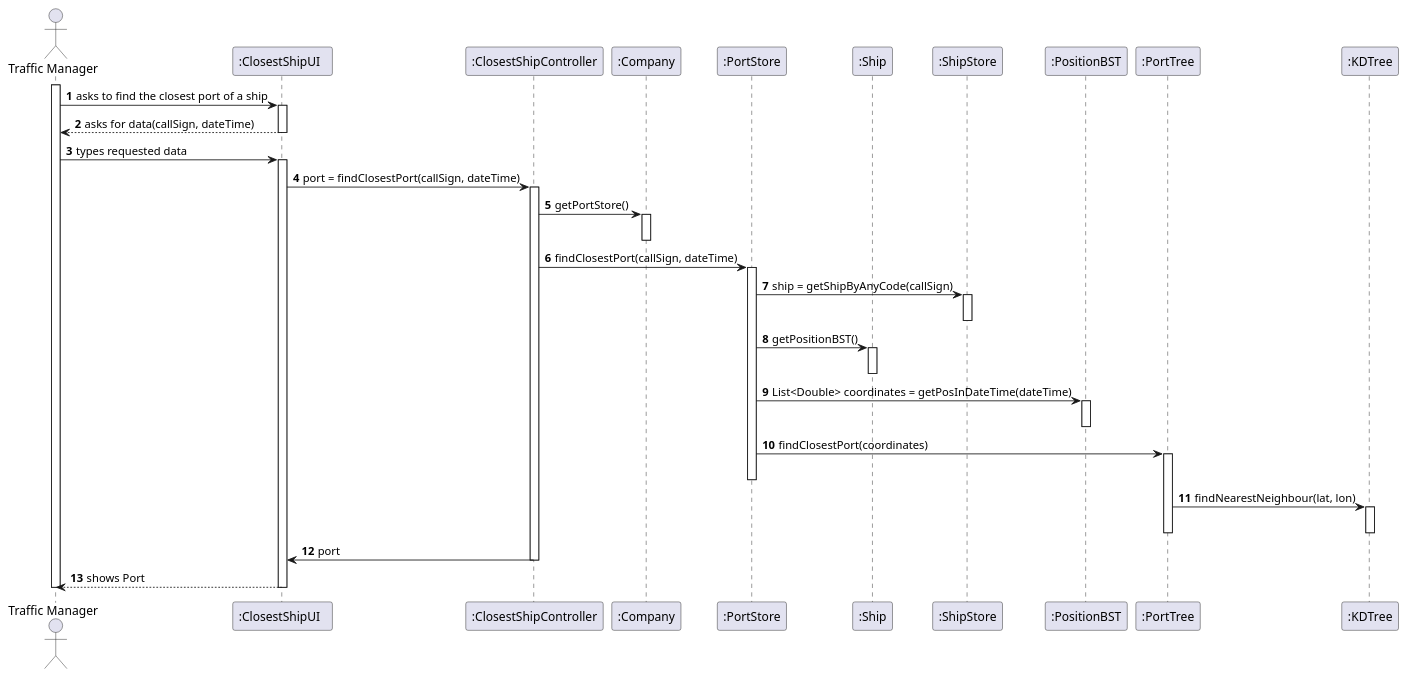
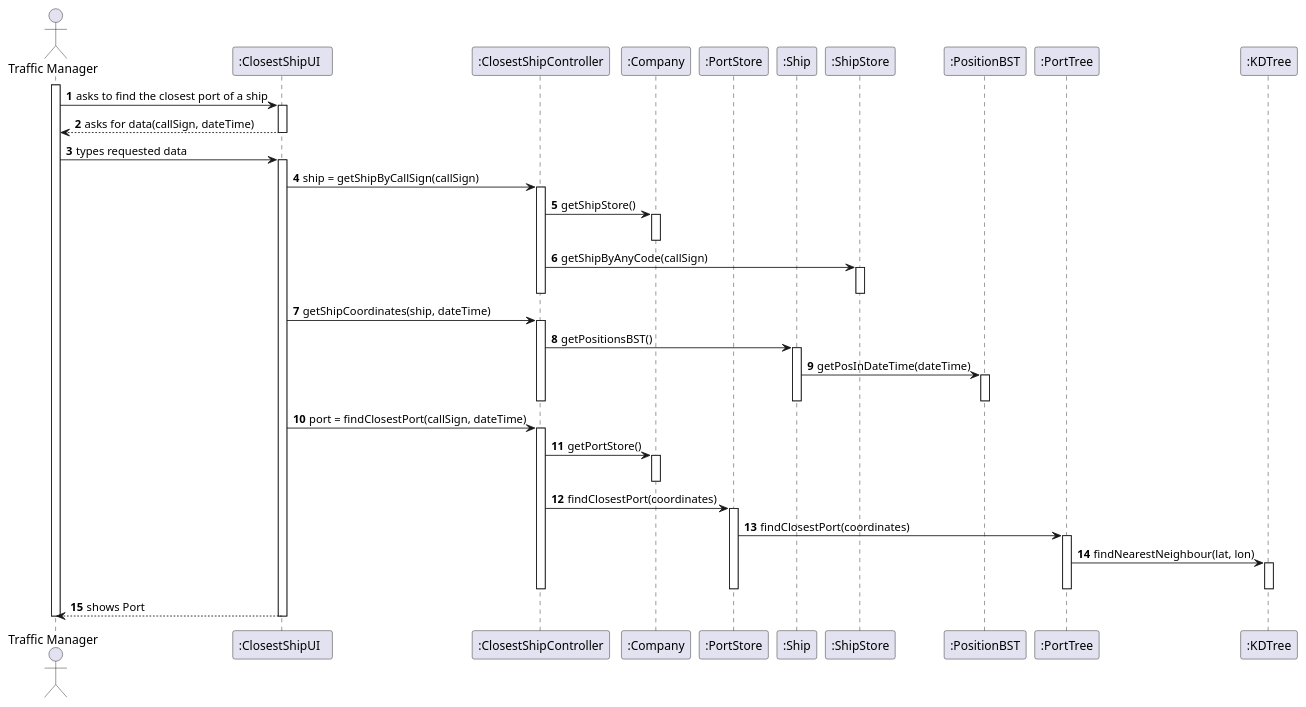
The diagram in docs/US202/US_202_SD.puml (ana-albergaria/LAPR3-ISEP), drawn with PlantUML before and after one commit. The commit also changed 1 other file, not shown here.

Commit message:
G54-89 #time 10m #close #comment needed changes in SD

```diff
--- a/docs/US202/US_202_SD.puml
+++ b/docs/US202/US_202_SD.puml
@@ -1,57 +1,64 @@
 @startuml
 autonumber
 'hide footbox
 actor "Traffic Manager" as TM
 participant ":ClosestShipUI  " as UI
 participant ":ClosestShipController" as CTRL
 participant ":Company" as CMP
 participant ":PortStore" as STORE
 participant ":Ship" as SHIP
 participant ":ShipStore" as SHSTORE
 participant ":PositionBST" as POS
 participant ":PortTree" as TREE
 participant ":KDTree" as KD
 
 activate TM
 TM -> UI : asks to find the closest port of a ship
 activate UI
 
 UI --> TM : asks for data(callSign, dateTime)
 deactivate UI
 TM -> UI : types requested data
 activate UI
+UI -> CTRL : ship = getShipByCallSign(callSign)
+activate CTRL
+CTRL -> CMP : getShipStore()
+activate CMP
+deactivate CMP
+CTRL -> SHSTORE : getShipByAnyCode(callSign)
+activate SHSTORE
+deactivate SHSTORE
+deactivate CTRL
+
+UI -> CTRL : getShipCoordinates(ship, dateTime)
+activate CTRL
+CTRL -> SHIP : getPositionsBST()
+activate SHIP
+SHIP -> POS : getPosInDateTime(dateTime)
+activate POS
+deactivate POS
+deactivate SHIP
+
+deactivate CTRL
+
 UI -> CTRL : port = findClosestPort(callSign, dateTime)
 activate CTRL
-
 CTRL -> CMP : getPortStore()
 activate CMP
 deactivate CMP
-
-CTRL -> STORE : findClosestPort(callSign, dateTime)
+CTRL -> STORE : findClosestPort(coordinates)
 activate STORE
-STORE -> SHSTORE : ship = getShipByAnyCode(callSign)
-activate SHSTORE
-deactivate SHSTORE
-STORE -> SHIP : getPositionBST()
-activate SHIP
-deactivate SHIP
-STORE -> POS : List<Double> coordinates = getPosInDateTime(dateTime)
-activate POS
-deactivate POS
 STORE -> TREE : findClosestPort(coordinates)
 activate TREE
-deactivate STORE
-
 TREE -> KD : findNearestNeighbour(lat, lon)
 activate KD
 deactivate KD
 deactivate TREE
-
-CTRL -> UI : port
+deactivate STORE
 
 deactivate CTRL
 UI --> TM : shows Port
 deactivate UI
 deactivate TM
 
 @enduml
```
